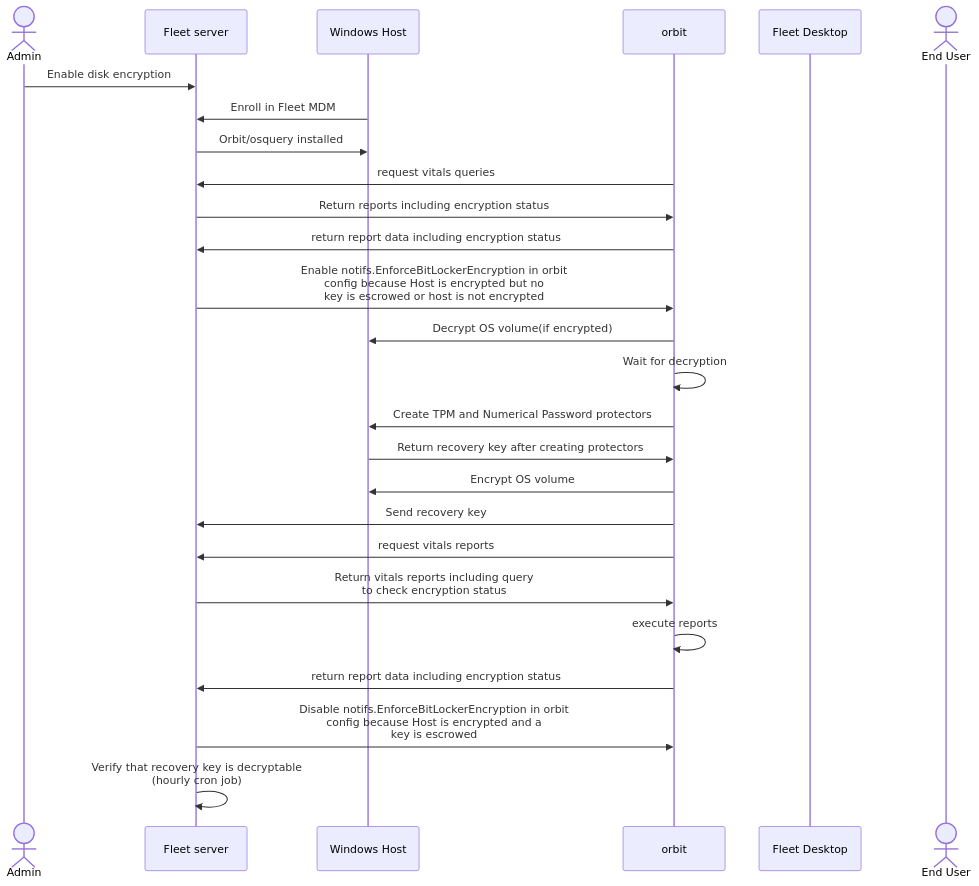
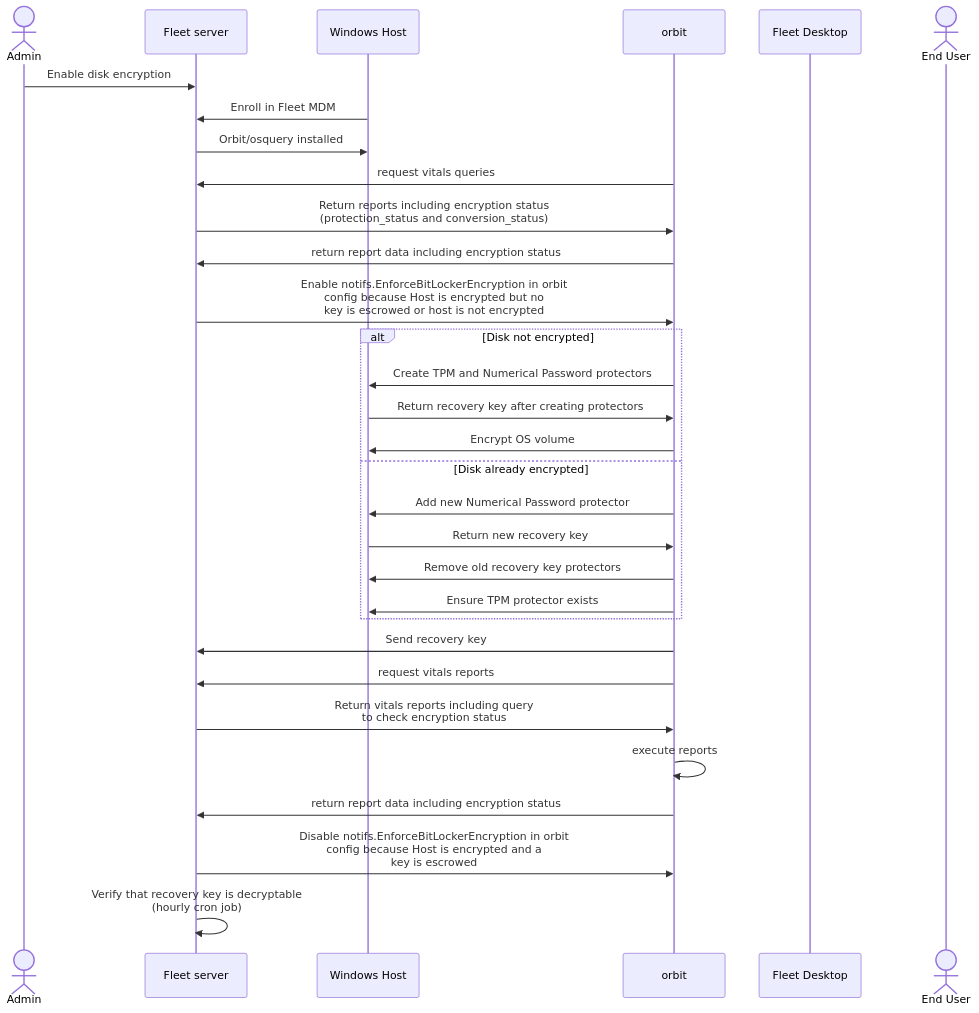
The third of 4 diagrams in docs/Contributing/architecture/mdm/disk-encryption.md (fleetdm/fleet), drawn with Mermaid before and after one commit. The commit also changed other lines of this file and 1 other file, not shown here.

````diff
--- a/docs/Contributing/architecture/mdm/disk-encryption.md
+++ b/docs/Contributing/architecture/mdm/disk-encryption.md
@@ -126,28 +134,33 @@
 ```mermaid
 sequenceDiagram
         actor Admin
         participant fleet as Fleet server
         participant host as Windows Host
         participant fleetd as orbit
         participant desktop as Fleet Desktop
         actor user as End User
         Admin->>fleet: Enable disk encryption
         host->>fleet: Enroll in Fleet MDM
         fleet->>host: Orbit/osquery installed
         fleetd->>fleet: request vitals queries
-        fleet->>fleetd: Return reports including encryption status
+        fleet->>fleetd: Return reports including encryption status<br>(protection_status and conversion_status)
         fleetd->>fleet: return report data including encryption status
         fleet->>fleetd: Enable notifs.EnforceBitLockerEncryption in orbit<br>config because Host is encrypted but no<br>key is escrowed or host is not encrypted
-        fleetd->>host: Decrypt OS volume(if encrypted)
-        fleetd->>fleetd: Wait for decryption
+        alt Disk not encrypted
         fleetd->>host: Create TPM and Numerical Password protectors
         host->>fleetd: Return recovery key after creating protectors
         fleetd->>host: Encrypt OS volume
+        else Disk already encrypted
+        fleetd->>host: Add new Numerical Password protector
+        host->>fleetd: Return new recovery key
+        fleetd->>host: Remove old recovery key protectors
+        fleetd->>host: Ensure TPM protector exists
+        end
         fleetd->>fleet: Send recovery key
         fleetd->>fleet: request vitals reports
         fleet->>fleetd: Return vitals reports including query<br>to check encryption status
         fleetd->>fleetd: execute reports
         fleetd->>fleet: return report data including encryption status
         fleet->>fleetd: Disable notifs.EnforceBitLockerEncryption in orbit<br>config because Host is encrypted and a<br>key is escrowed
         fleet->>fleet: Verify that recovery key is decryptable<br>(hourly cron job)
 ```
````
